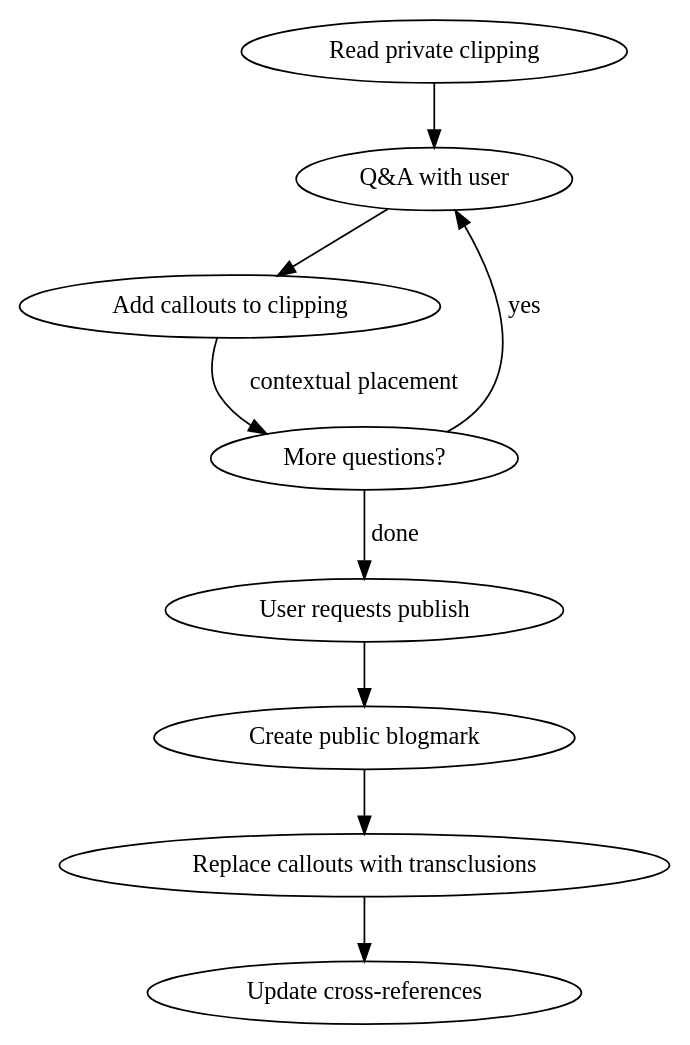
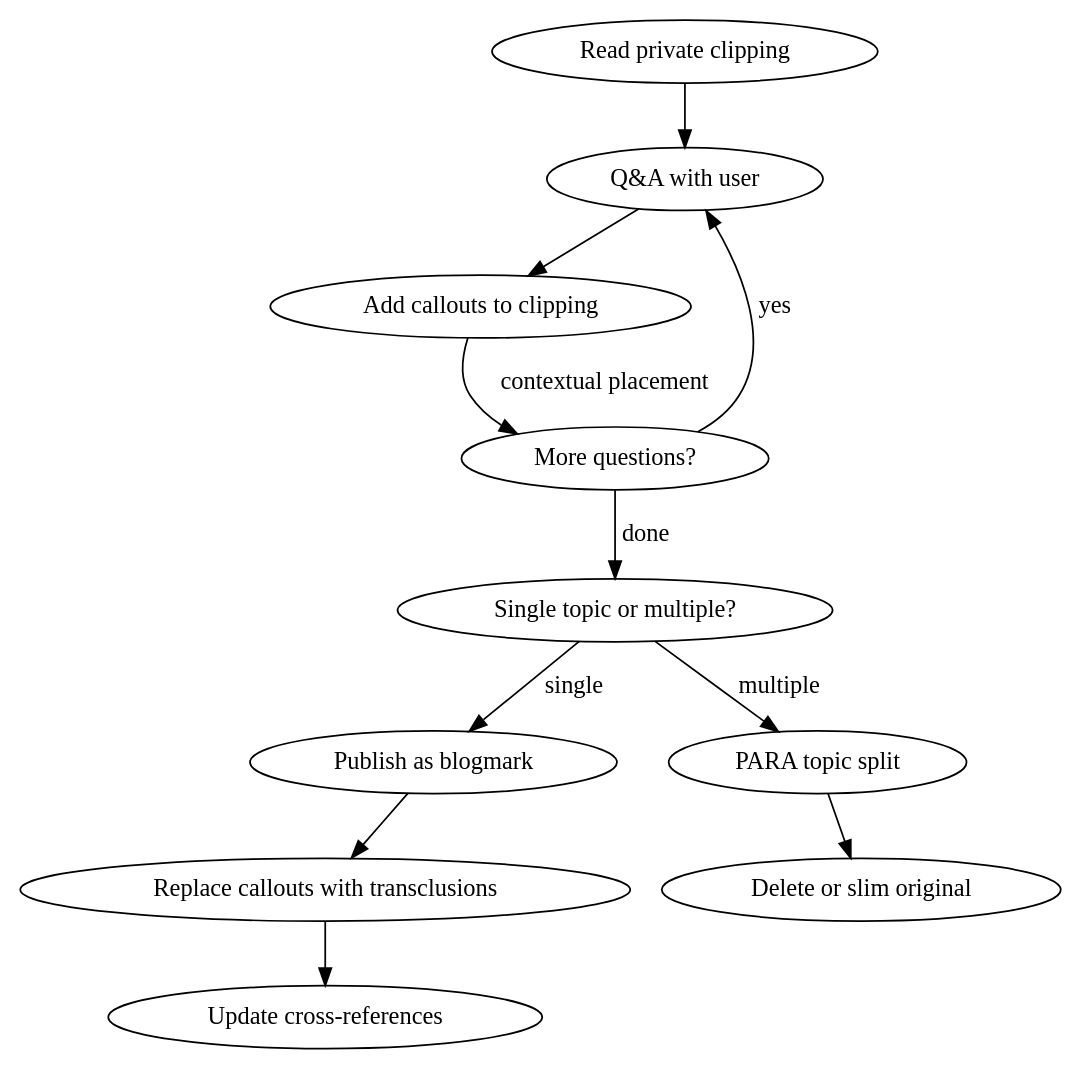
Before and after one commit to ziyunli/quartz: the diagram in .claude/skills/studying-articles/SKILL.md, drawn with Graphviz. The commit also changed other lines of this file, not shown here.

Commit message:
PARA model

````diff
--- a/.claude/skills/studying-articles/SKILL.md
+++ b/.claude/skills/studying-articles/SKILL.md
@@ -14,12 +14,14 @@
 ```dot
 digraph study_flow {
   "Read private clipping" -> "Q&A with user";
   "Q&A with user" -> "Add callouts to clipping";
   "Add callouts to clipping" -> "More questions?" [label="contextual placement"];
   "More questions?" -> "Q&A with user" [label="yes"];
-  "More questions?" -> "User requests publish" [label="done"];
-  "User requests publish" -> "Create public blogmark";
-  "Create public blogmark" -> "Replace callouts with transclusions";
+  "More questions?" -> "Single topic or multiple?" [label="done"];
+  "Single topic or multiple?" -> "Publish as blogmark" [label="single"];
+  "Single topic or multiple?" -> "PARA topic split" [label="multiple"];
+  "Publish as blogmark" -> "Replace callouts with transclusions";
   "Replace callouts with transclusions" -> "Update cross-references";
+  "PARA topic split" -> "Delete or slim original";
 }
 ```
````
